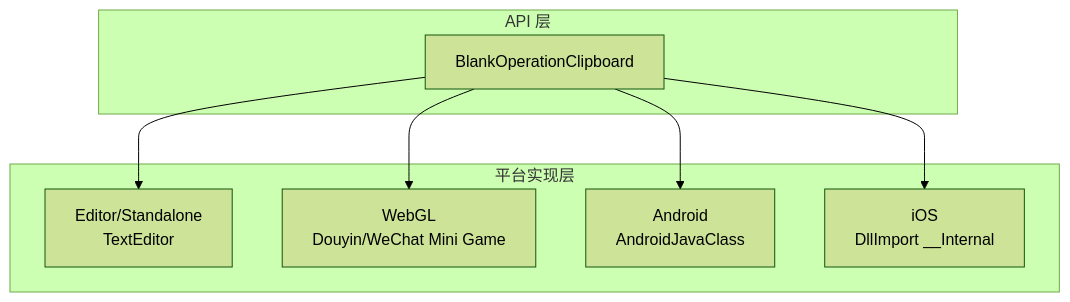
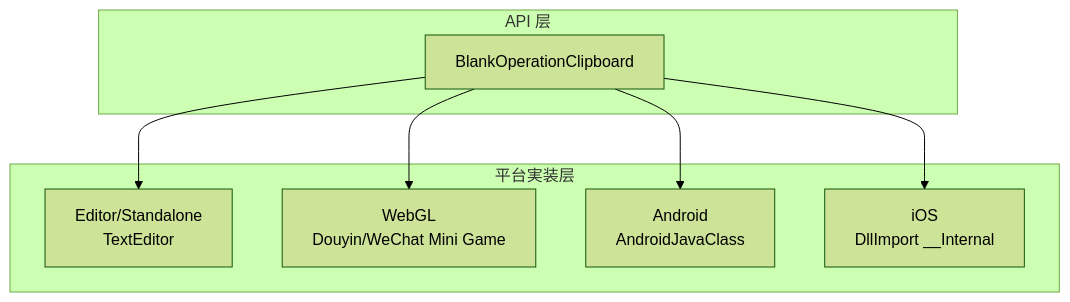
One commit to AlianBlank/GameFrameX.Docs changed the first of 2 diagrams in docs/ja/client/unity/component/operationclipboard/04.usage.md. Above: the diagram before and after it, drawn with Mermaid (forest theme). The commit also changed other lines of this file and 603 other files, not shown here.

````diff
--- a/docs/ja/client/unity/component/operationclipboard/04.usage.md
+++ b/docs/ja/client/unity/component/operationclipboard/04.usage.md
@@ -13,18 +13,18 @@
 ```mermaid
 flowchart TD
     subgraph API["API 层"]
         BC[BlankOperationClipboard]
     end
 
-    subgraph PlatformImpl["平台实现层"]
+    subgraph PlatformImpl["平台実装层"]
         Editor[Editor/Standalone<br/>TextEditor]
         WebGL[WebGL<br/>Douyin/WeChat Mini Game]
         Android[Android<br/>AndroidJavaClass]
         iOS[iOS<br/>DllImport __Internal]
     end
 
     BC --> Editor
     BC --> WebGL
     BC --> Android
     BC --> iOS
 ```
````
